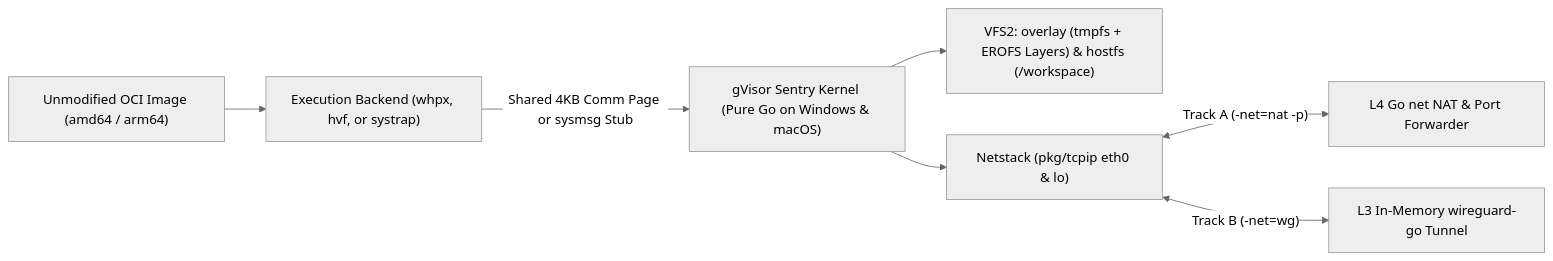
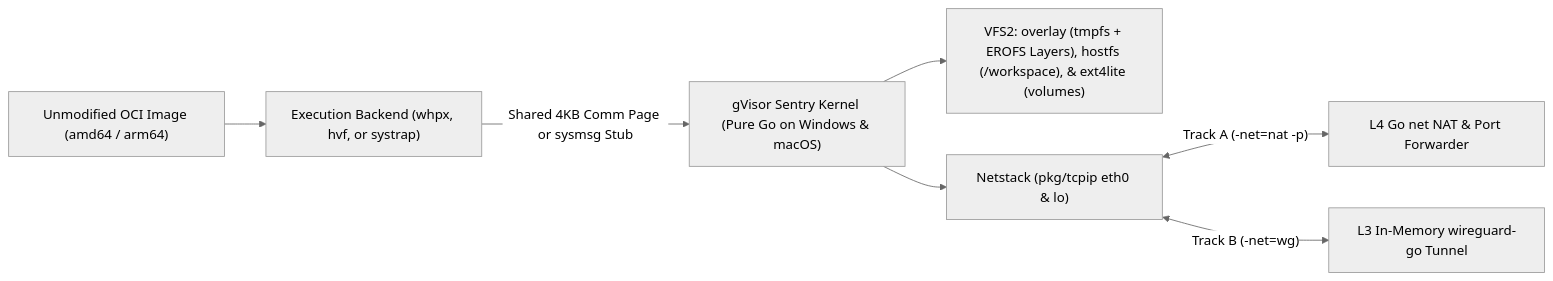
Before and after one commit to gfire-sigs/gvx: the diagram in README.md, drawn with Mermaid (neutral theme). The commit also changed 17 other files, not shown here.

````diff
--- a/README.md
+++ b/README.md
@@ -22,9 +22,9 @@
 ```mermaid
 flowchart LR
     OCI["Unmodified OCI Image (amd64 / arm64)"] --> Platform["Execution Backend (whpx, hvf, or systrap)"]
     Platform -->|"Shared 4KB Comm Page or sysmsg Stub"| Sentry["gVisor Sentry Kernel (Pure Go on Windows & macOS)"]
-    Sentry --> VFS["VFS2: overlay (tmpfs + EROFS Layers) & hostfs (/workspace)"]
+    Sentry --> VFS["VFS2: overlay (tmpfs + EROFS Layers), hostfs (/workspace), & ext4lite (volumes)"]
     Sentry --> Netstack["Netstack (pkg/tcpip eth0 & lo)"]
     Netstack <-->|"Track A (-net=nat -p)"| NAT["L4 Go net NAT & Port Forwarder"]
     Netstack <-->|"Track B (-net=wg)"| WG["L3 In-Memory wireguard-go Tunnel"]
 ```
````
